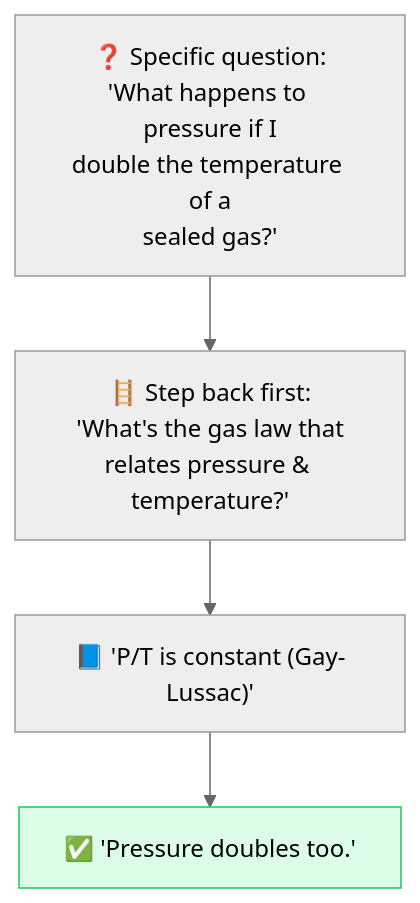
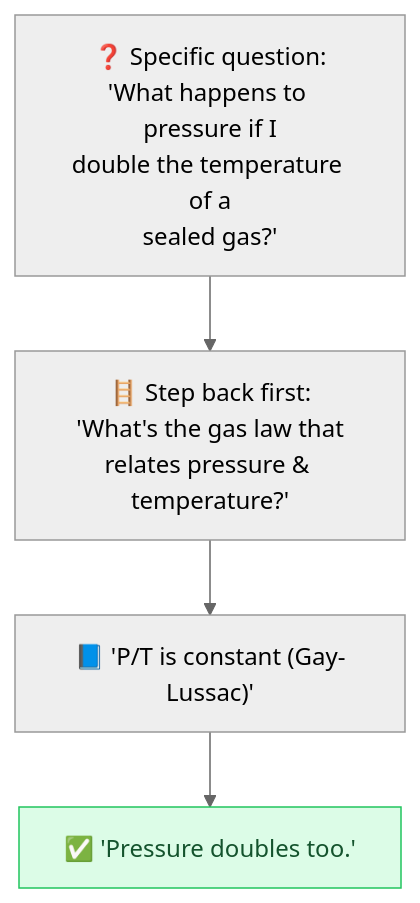
The diagram in techniques/step-back.md (behnia137/prompt-engineering-visual), drawn with Mermaid (neutral theme) before and after one commit. The commit also changed 24 other files, not shown here.

First line of the commit message:
Fix Mermaid: escaped-quote parse errors + dark-mode text contrast

````diff
--- a/techniques/step-back.md
+++ b/techniques/step-back.md
@@ -7,8 +7,8 @@
 ```mermaid
 flowchart TB
     Q["❓ Specific question:<br/>'What happens to pressure if I<br/>double the temperature of a<br/>sealed gas?'"]
     Q --> S["🪜 Step back first:<br/>'What's the gas law that<br/>relates pressure & temperature?'"]
     S --> P["📘 'P/T is constant (Gay-Lussac)'"]
     P --> A["✅ 'Pressure doubles too.'"]
-    style A fill:#dcfce7,stroke:#22c55e
+    style A fill:#dcfce7,stroke:#22c55e,color:#14532d
 ```
````
